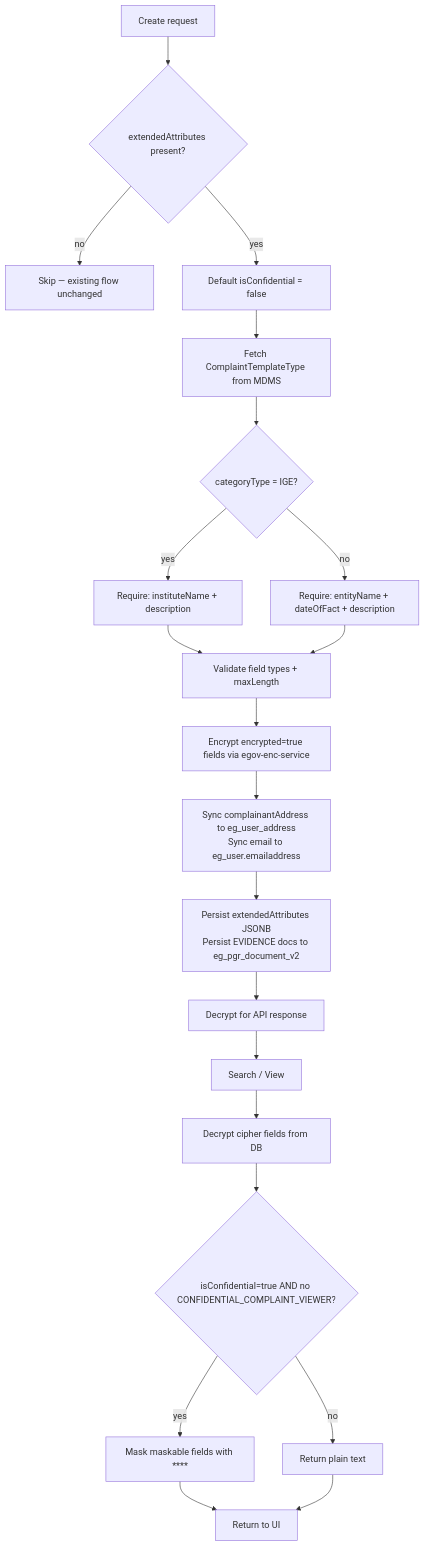
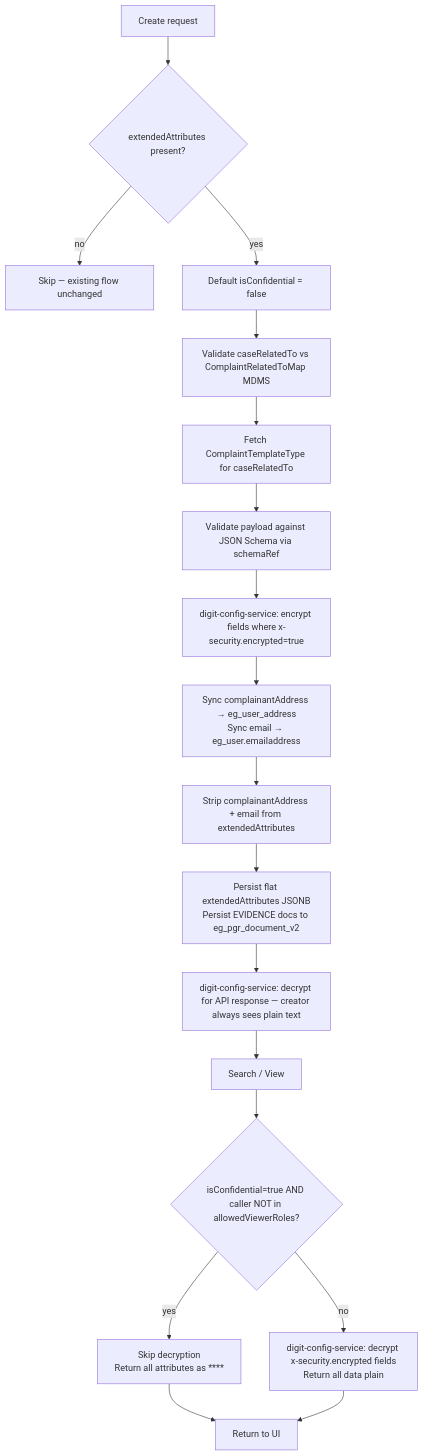
One commit to egovernments/Citizen-Complaint-Resolution-System changed the third of 3 diagrams in docs/category-details-dynamic-fields.md. Above: the diagram before and after it, drawn with Mermaid. The commit also changed other lines of this file and 5 other files, not shown here.

````diff
--- a/docs/category-details-dynamic-fields.md
+++ b/docs/category-details-dynamic-fields.md
@@ -692,24 +861,21 @@
 ```mermaid
 flowchart TD
     A[Create request] --> B{extendedAttributes present?}
     B -- no  --> C[Skip — existing flow unchanged]
     B -- yes --> D[Default isConfidential = false]
-    D --> E[Fetch ComplaintTemplateType from MDMS]
-    E --> F{categoryType = IGE?}
-    F -- yes --> G[Require: instituteName + description]
-    F -- no  --> H[Require: entityName + dateOfFact + description]
-    G --> I[Validate field types + maxLength]
-    H --> I
-    I --> J[Encrypt encrypted=true fields via egov-enc-service]
-    J --> K[Sync complainantAddress to eg_user_address\nSync email to eg_user.emailaddress]
-    K --> L[Persist extendedAttributes JSONB\nPersist EVIDENCE docs to eg_pgr_document_v2]
-    L --> M[Decrypt for API response]
+    D --> E[Validate caseRelatedTo vs ComplaintRelatedToMap MDMS]
+    E --> F[Fetch ComplaintTemplateType for caseRelatedTo]
+    F --> G[Validate payload against JSON Schema via schemaRef]
+    G --> H[digit-config-service: encrypt fields where x-security.encrypted=true]
+    H --> I[Sync complainantAddress → eg_user_address\nSync email → eg_user.emailaddress]
+    I --> J[Strip complainantAddress + email from extendedAttributes]
+    J --> K[Persist flat extendedAttributes JSONB\nPersist EVIDENCE docs to eg_pgr_document_v2]
+    K --> L[digit-config-service: decrypt for API response — creator always sees plain text]
 
-    M --> N[Search / View]
-    N --> O[Decrypt cipher fields from DB]
-    O --> P{isConfidential=true AND no CONFIDENTIAL_COMPLAINT_VIEWER?}
-    P -- yes --> Q[Mask maskable fields with ****]
-    P -- no  --> R[Return plain text]
-    Q --> S[Return to UI]
-    R --> S
+    L --> M[Search / View]
+    M --> N{isConfidential=true AND caller NOT in allowedViewerRoles?}
+    N -- yes --> O[Skip decryption\nReturn all attributes as ****]
+    N -- no  --> P[digit-config-service: decrypt x-security.encrypted fields\nReturn all data plain]
+    O --> Q[Return to UI]
+    P --> Q
 ```
````
